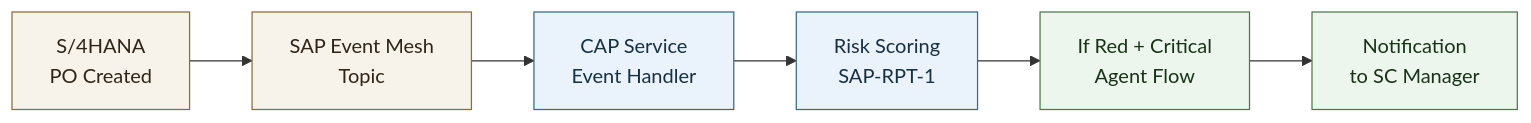
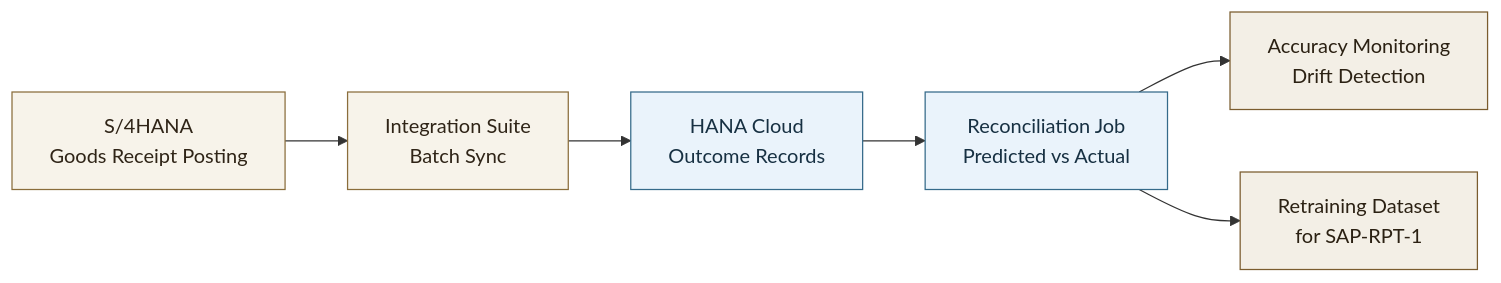
One commit to jayxml/2604_rpt1 changed the sixth of 6 diagrams in architecture_discussion.md. Above: the diagram before and after it, drawn with Mermaid. The commit also changed other lines of this file, not shown here.

Commit message:
updated architecture discussion

````diff
--- a/architecture_discussion.md
+++ b/architecture_discussion.md
@@ -440,16 +402,16 @@
 ```mermaid
 flowchart LR
-   S4["S/4HANA<br/>PO Created"] --> EM["SAP Event Mesh<br/>Topic"]
-   EM --> CAP["CAP Service<br/>Event Handler"]
-   CAP --> RS["Risk Scoring<br/>SAP-RPT-1"]
-   RS --> AG["If Red + Critical<br/>Agent Flow"]
-   AG --> NT["Notification<br/>to SC Manager"]
+   S4["S/4HANA<br/>Goods Receipt Posting"] --> IS["Integration Suite<br/>Batch Sync"]
+   IS --> HC["HANA Cloud<br/>Outcome Records"]
+   HC --> REC["Reconciliation Job<br/>Predicted vs Actual"]
+   REC --> MON["Accuracy Monitoring<br/>Drift Detection"]
+   REC --> RT["Retraining Dataset<br/>for SAP-RPT-1"]
 
    classDef source fill:#f7f3ea,stroke:#8a6d3b,color:#2f2417,stroke-width:1px;
    classDef app fill:#eaf3fb,stroke:#356a8a,color:#173042,stroke-width:1px;
-   classDef action fill:#edf6ed,stroke:#4d7a4d,color:#183218,stroke-width:1px;
+   classDef feedback fill:#f3efe6,stroke:#7a5c2e,color:#2b2113,stroke-width:1px;
 
-   class S4,EM source;
-   class CAP,RS app;
-   class AG,NT action;
+   class S4,IS source;
+   class HC,REC app;
+   class MON,RT feedback;
 ```
````
